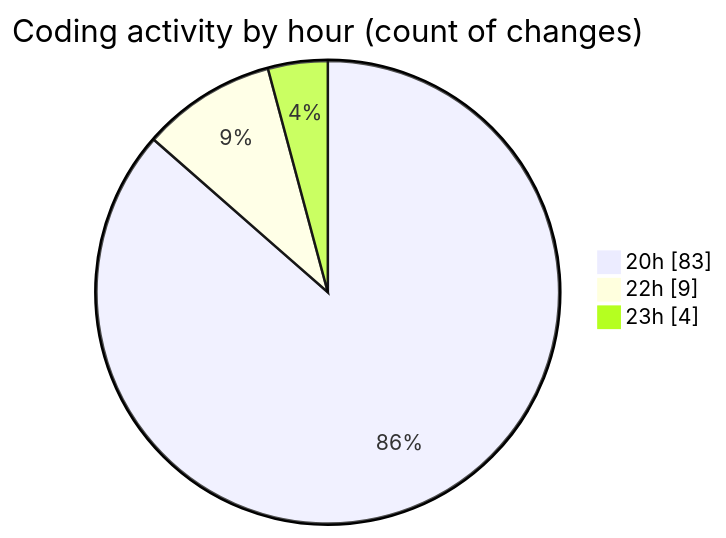
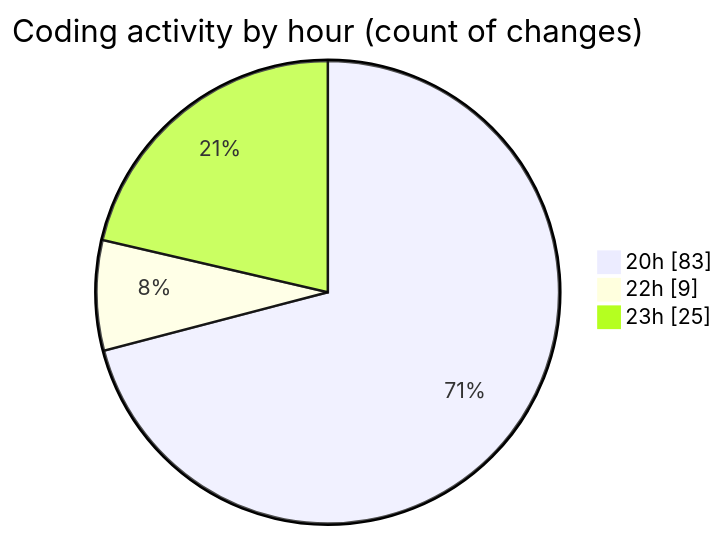
The second of 2 diagrams in 2025-07-26/javascript/README.md (Ritupan-Deka/code-tracking), drawn with Mermaid before and after one commit. The commit also changed other lines of this file and 1 other file, not shown here.

````diff
--- a/2025-07-26/javascript/README.md
+++ b/2025-07-26/javascript/README.md
@@ -29,7 +29,7 @@
 ```mermaid
 pie showData
 title Coding activity by hour (count of changes)
 "20h" : 83
 "22h" : 9
-"23h" : 4
+"23h" : 25
 ```
````
